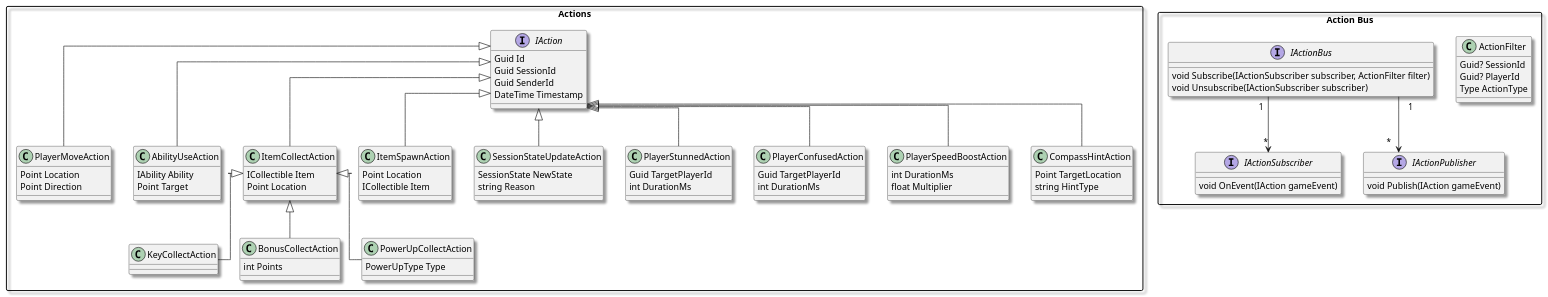
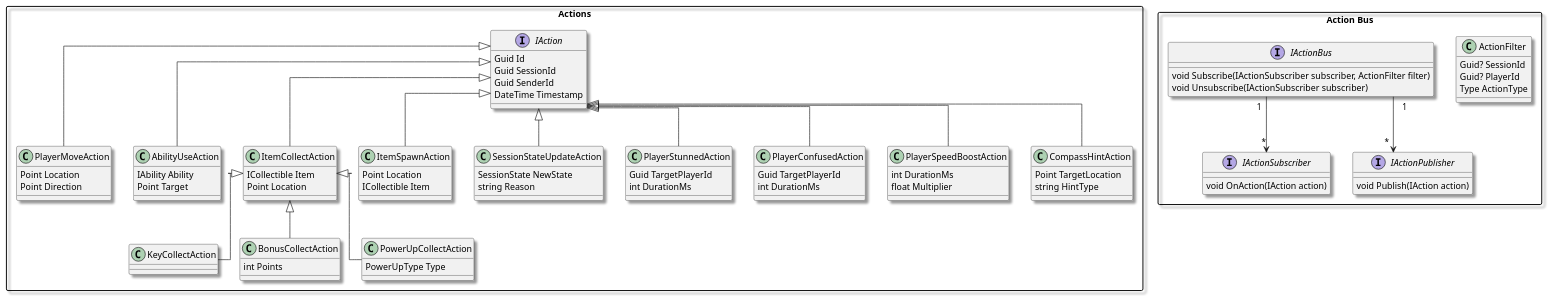
The diagram in diagrams/3.1.1.2-class-bus-diagram.puml (aleksandr-papajanov/maze-runner), drawn with PlantUML before and after one commit. The commit also changed 6 other files, not shown here.

Commit message:
Update diagrams

```diff
--- a/diagrams/3.1.1.2-class-bus-diagram.puml
+++ b/diagrams/3.1.1.2-class-bus-diagram.puml
@@ -1,117 +1,117 @@
 @startuml MazeRunner-Gameplay
 '
 ' Översikt: Event-driven kommunikation och spelaktioner
 ' Detta diagram visar action bus-arkitekturen som hanterar all kommunikation mellan
 ' spelkomponenter. Alla händelser (rörelser, förmågeanvändning, objektinsamling, etc.)
 ' representeras som IAction-implementationer som publiceras och prenumereras via
 ' pub/sub-mönstret. Detta möjliggör löst kopplad, utbyggbar spellogik.
 '
 skinparam packageStyle rectangle
 skinparam shadowing true
 skinparam linetype ortho
 skinparam defaultFontName Arial
 
 package "Actions" {
     interface IAction {
         Guid Id
         Guid SessionId
         Guid SenderId
         DateTime Timestamp
     }
 
     class PlayerMoveAction {
         Point Location
         Point Direction
     }
 
     class AbilityUseAction {
         IAbility Ability
         Point Target
     }
 
     class ItemCollectAction {
         ICollectible Item
         Point Location
     }
 
     class KeyCollectAction {
     }
 
     class BonusCollectAction {
         int Points
     }
 
     class PowerUpCollectAction {
         PowerUpType Type
     }
 
     class ItemSpawnAction {
         Point Location
         ICollectible Item
     }
 
     class SessionStateUpdateAction {
         SessionState NewState
         string Reason
     }
 
     class PlayerStunnedAction {
         Guid TargetPlayerId
         int DurationMs
     }
 
     class PlayerConfusedAction {
         Guid TargetPlayerId
         int DurationMs
     }
 
     class PlayerSpeedBoostAction {
         int DurationMs
         float Multiplier
     }
 
     class CompassHintAction {
         Point TargetLocation
         string HintType
     }
 }
 
 package "Action Bus" {
     interface IActionSubscriber {
-        void OnEvent(IAction gameEvent)
+        void OnAction(IAction action)
     }
 
     interface IActionPublisher {
-        void Publish(IAction gameEvent)
+        void Publish(IAction action)
     }
 
     class ActionFilter {
         Guid? SessionId
         Guid? PlayerId
         Type ActionType
     }
 
     interface IActionBus {
         void Subscribe(IActionSubscriber subscriber, ActionFilter filter)
         void Unsubscribe(IActionSubscriber subscriber)
     }
 }
 
 IAction <|-- PlayerMoveAction
 IAction <|-- AbilityUseAction
 IAction <|-- ItemCollectAction
 IAction <|-- ItemSpawnAction
 IAction <|-- SessionStateUpdateAction
 IAction <|-- PlayerStunnedAction
 IAction <|-- PlayerConfusedAction
 IAction <|-- PlayerSpeedBoostAction
 IAction <|-- CompassHintAction
 
 ItemCollectAction <|-- KeyCollectAction
 ItemCollectAction <|-- BonusCollectAction
 ItemCollectAction <|-- PowerUpCollectAction
 
 IActionBus "1" --> "*" IActionSubscriber
 IActionBus "1" --> "*" IActionPublisher
 
 @enduml
```
